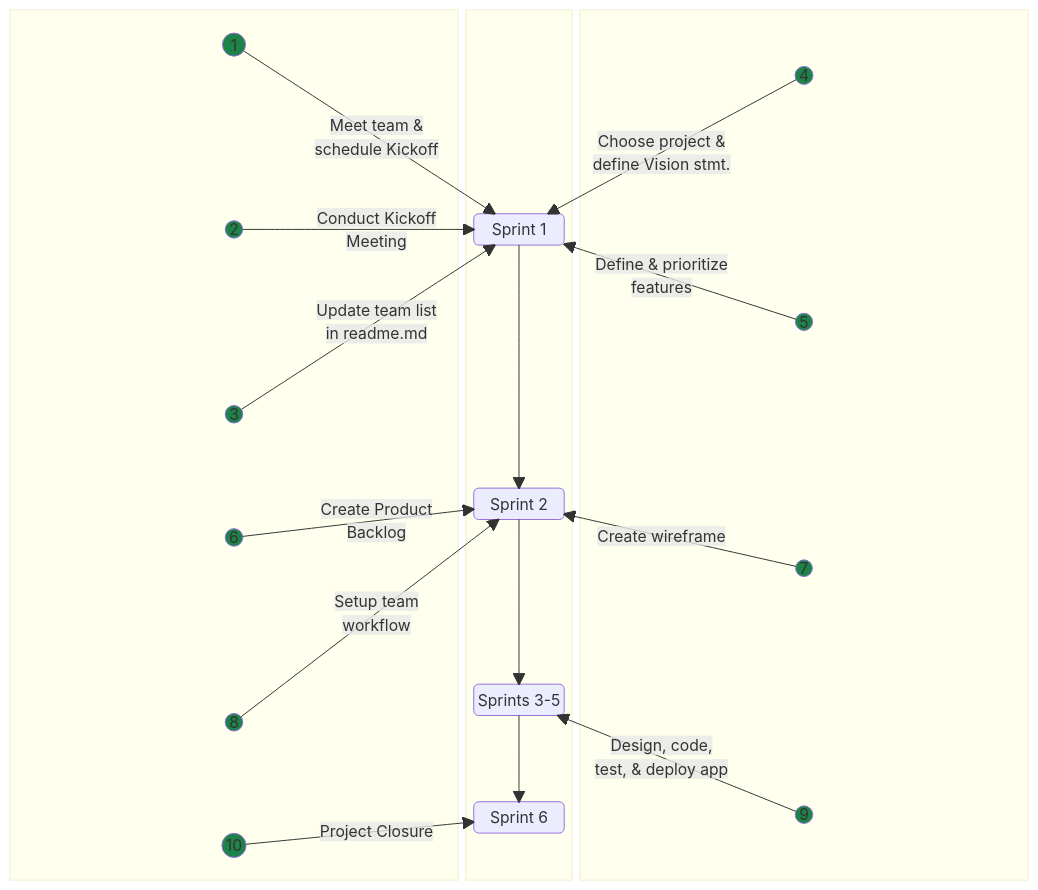
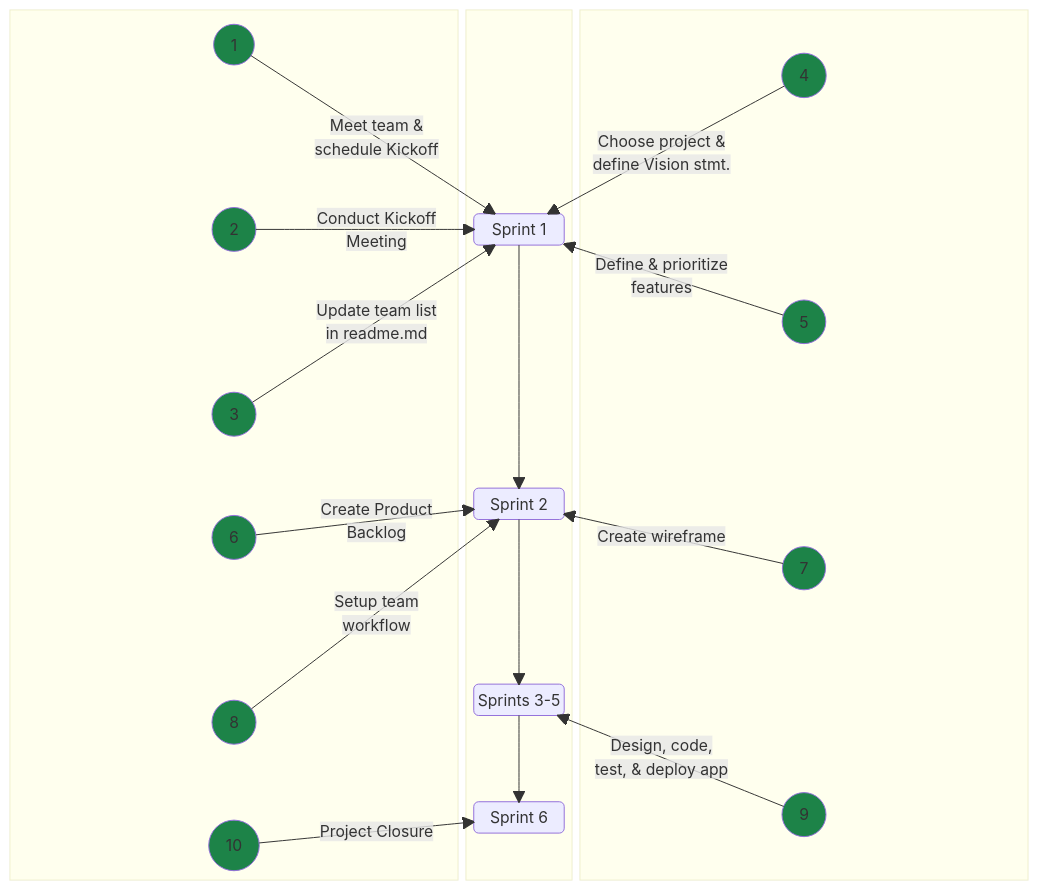
One commit to jdmedlock/mermaid_testing changed the diagram in README.md. Above: the diagram before and after it, drawn with Mermaid.

Commit message:
Feature: Recreate linear sprint diagram

```diff
--- a/README.md
+++ b/README.md
@@ -6,20 +6,20 @@
     columns 9
     block:LEFT:4
       columns 1
-      A1(("&nbsp;1&nbsp;"))
+      A1(("&nbsp;&nbsp; 1 &nbsp;&nbsp;"))
       space
       space
-      A2((" 2 "))
+      A2(("&nbsp;&nbsp; 2 &nbsp;&nbsp;"))
       space
       space
-      A3((" 3 "))
+      A3(("&nbsp;&nbsp; 3 &nbsp;&nbsp;"))
       space
-      A6((" 6 "))
+      A6(("&nbsp;&nbsp; 6 &nbsp;&nbsp;"))
       space
       space
-      A8((" 8 "))
+      A8(("&nbsp;&nbsp; 8 &nbsp;&nbsp;"))
       space
-      A10((" 10"))
+      A10(("&nbsp;&nbsp; 10 &nbsp;&nbsp;"))
     end
     
     block:CENTER:1
@@ -50,13 +50,13 @@
     
     block:RIGHT:4
       columns 1
-      A4(("4"))
+      A4(("&nbsp;&nbsp; 4 &nbsp;&nbsp;"))
       space
-      A5(("5"))
+      A5(("&nbsp;&nbsp; 5 &nbsp;&nbsp;"))
       space
-      A7(("7"))
+      A7(("&nbsp;&nbsp; 7 &nbsp;&nbsp;"))
       space
-      A9(("9"))
+      A9(("&nbsp;&nbsp; 9 &nbsp;&nbsp;"))
     end
 
     SPRINT1 --> SPRINT2
```
